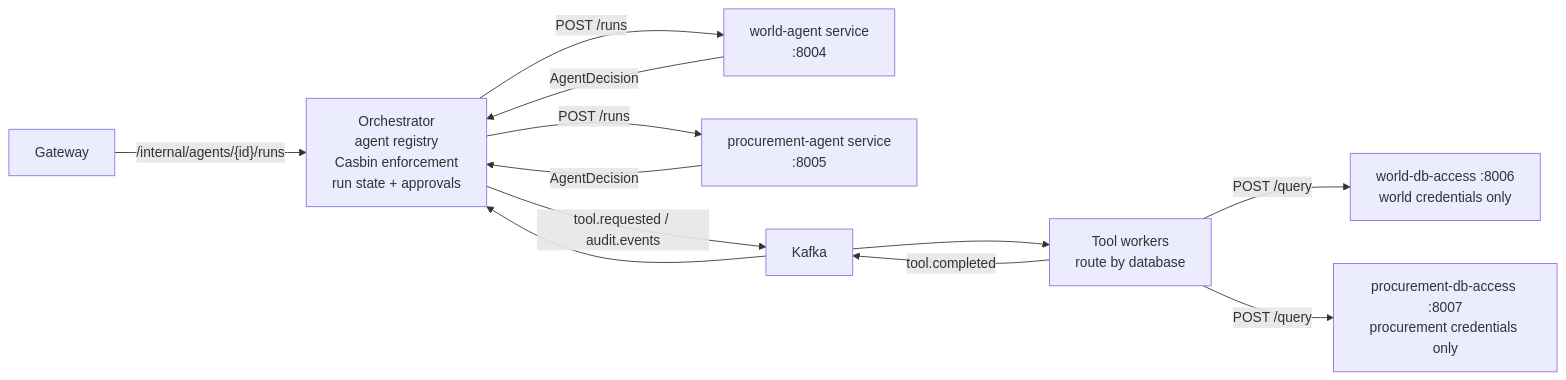
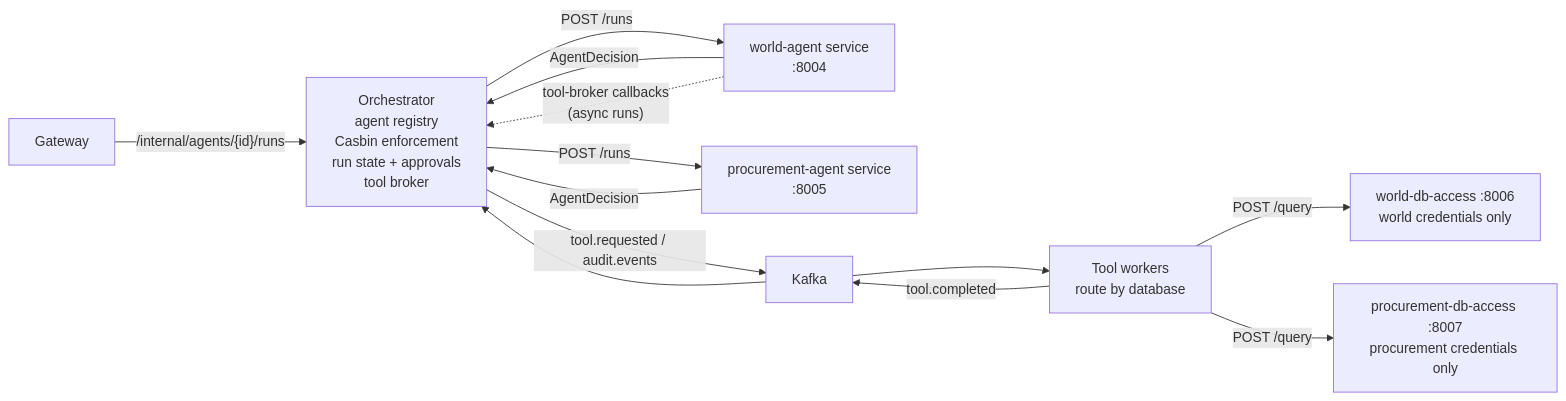
One commit to varanyu-v/ai-agent-gateway changed the diagram in docs/agent-services.md. Above: the diagram before and after it, drawn with Mermaid. The commit also changed other lines of this file and 8 other files, not shown here.

````diff
--- a/docs/agent-services.md
+++ b/docs/agent-services.md
@@ -25,13 +25,14 @@
 ```mermaid
 flowchart LR
-    gateway["Gateway"] -->|"/internal/agents/{id}/runs"| orchestrator["Orchestrator<br/>agent registry<br/>Casbin enforcement<br/>run state + approvals"]
+    gateway["Gateway"] -->|"/internal/agents/{id}/runs"| orchestrator["Orchestrator<br/>agent registry<br/>Casbin enforcement<br/>run state + approvals<br/>tool broker"]
     orchestrator -->|"POST /runs"| world["world-agent service<br/>:8004"]
     orchestrator -->|"POST /runs"| procurement["procurement-agent service<br/>:8005"]
     world -->|"AgentDecision"| orchestrator
     procurement -->|"AgentDecision"| orchestrator
+    world -.->|"tool-broker callbacks<br/>(async runs)"| orchestrator
     orchestrator -->|"tool.requested / audit.events"| kafka["Kafka"]
     kafka --> workers["Tool workers<br/>route by database"]
     workers -->|"POST /query"| worldplane["world-db-access :8006<br/>world credentials only"]
     workers -->|"POST /query"| procplane["procurement-db-access :8007<br/>procurement credentials only"]
     workers -->|"tool.completed"| kafka --> orchestrator
 ```
````
